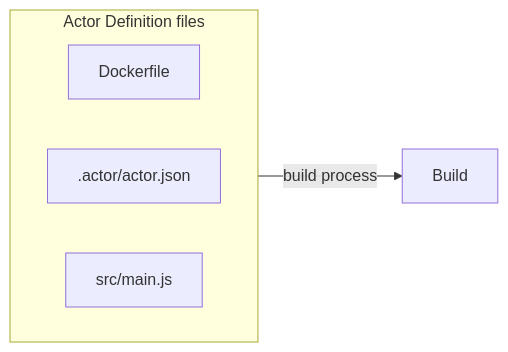
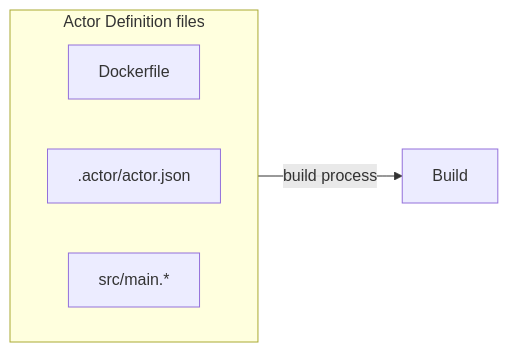
One commit to apify/apify-docs changed the first of 3 diagrams in sources/platform/actors/development/builds_and_runs/index.md. Above: the diagram before and after it, drawn with Mermaid. The commit also changed other lines of this file and 69 other files, not shown here.

````diff
--- a/sources/platform/actors/development/builds_and_runs/index.md
+++ b/sources/platform/actors/development/builds_and_runs/index.md
@@ -14,11 +14,11 @@
 ```mermaid
 flowchart LR
     subgraph AD [Actor Definition files]
         direction LR
         Dockerfile
         .actor/actor.json
-        src/main.js
+        src/main.*
     end
 
     AD -- "build process" --> Build
 ```
````
